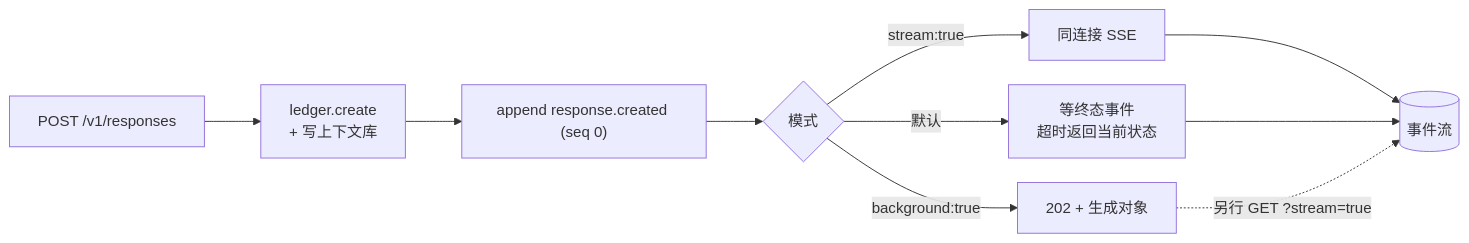
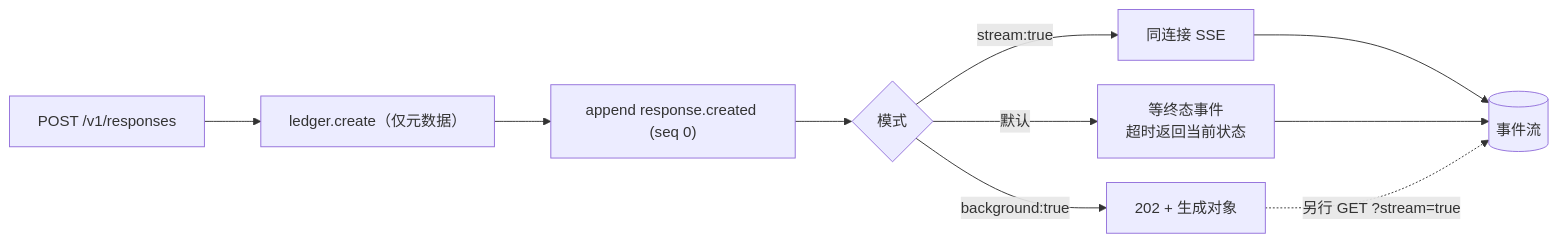
One commit to charleslyh/nova-chat changed the diagram in docs/design/01-responses-api.md. Above: the diagram before and after it, drawn with Mermaid. The commit also changed other lines of this file and 58 other files, not shown here.

````diff
--- a/docs/design/01-responses-api.md
+++ b/docs/design/01-responses-api.md
@@ -31,13 +31,13 @@
 ```mermaid
 %%{init: {"flowchart": {"curve": "basis", "rankSpacing": 60, "nodeSpacing": 26}}}%%
 flowchart LR
-    create["POST /v1/responses"] --> ledger["ledger.create<br/>+ 写上下文库"]
+    create["POST /v1/responses"] --> ledger["ledger.create（仅元数据）"]
     ledger --> ev0["append response.created (seq 0)"]
     ev0 --> mode{"模式"}
     mode -->|"stream:true"| sse["同连接 SSE"]
     mode -->|"background:true"| obj202["202 + 生成对象"]
     mode -->|"默认"| wait["等终态事件<br/>超时返回当前状态"]
     sse --> log[("事件流")]
     wait --> log
     obj202 -.->|"另行 GET ?stream=true"| log
 ```
````
